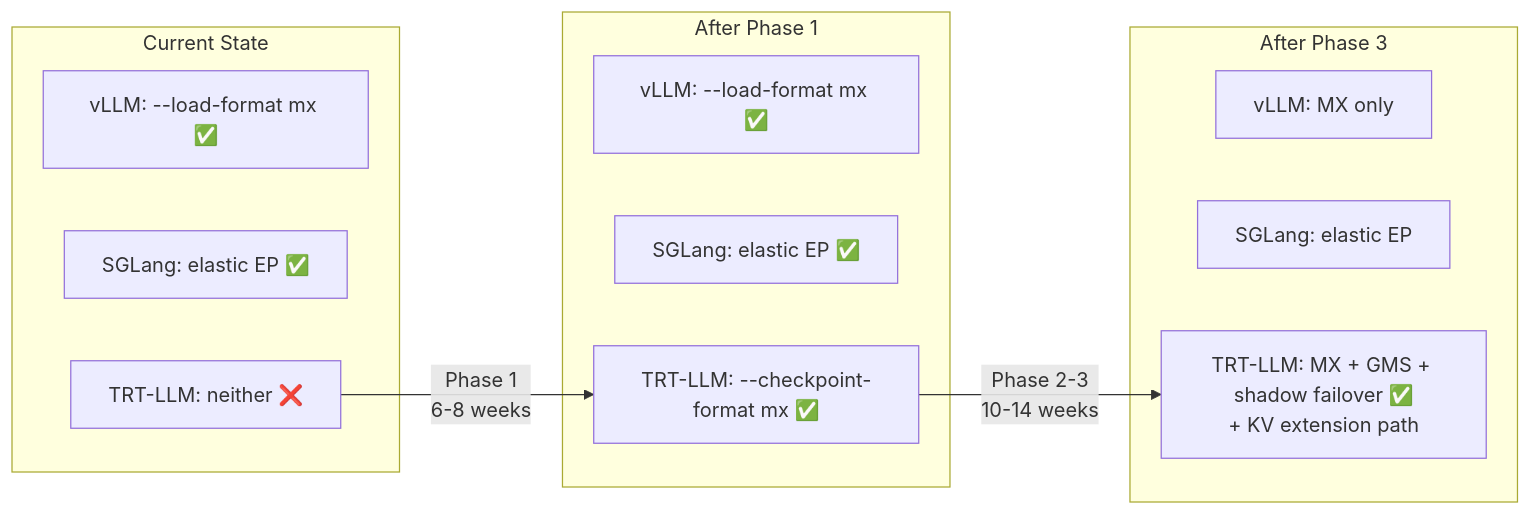
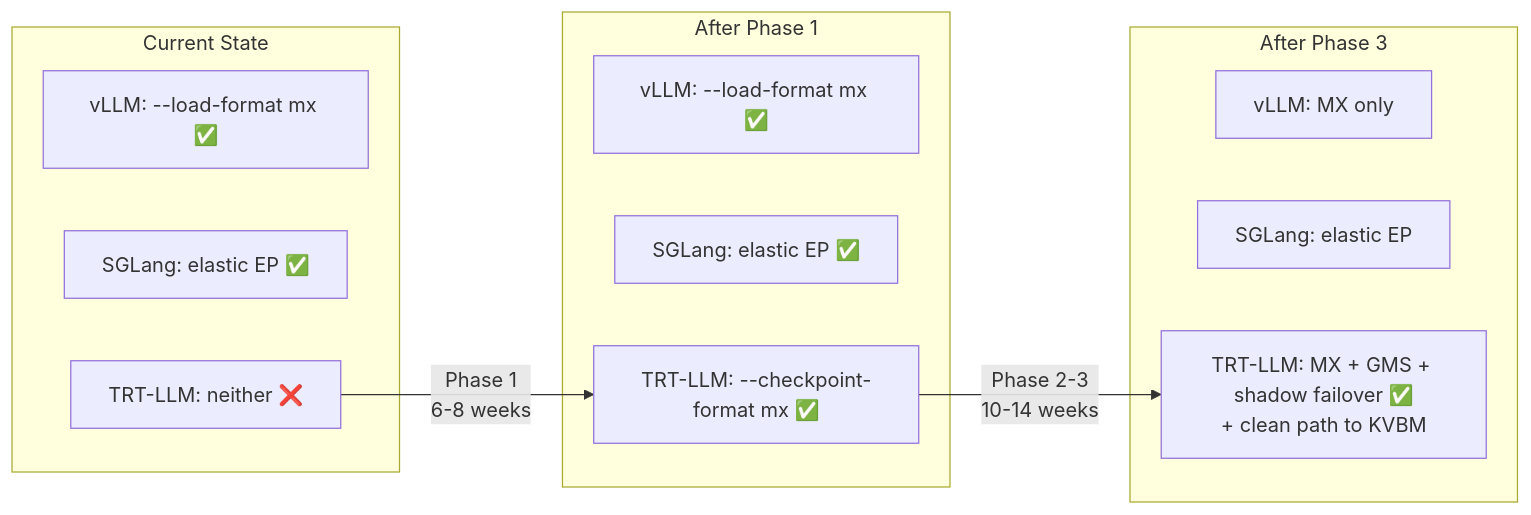
Before and after one commit to chienchunhung/TensorRT-LLM: the first of 2 diagrams in docs/design/mx-gms-integration/13-strategic-alignment.md, drawn with Mermaid. The commit also changed other lines of this file and 6 other files, not shown here.

First line of the commit message:
[None][docs] Scope GMS to weight-like artifacts; defer KV cache to KVBM

````diff
--- a/docs/design/mx-gms-integration/13-strategic-alignment.md
+++ b/docs/design/mx-gms-integration/13-strategic-alignment.md
@@ -34,23 +34,23 @@
 ```mermaid
 graph LR
     subgraph "Current State"
         VLLM_NOW["vLLM: --load-format mx ✅"]
         SGLANG_NOW["SGLang: elastic EP ✅"]
         TRTLLM_NOW["TRT-LLM: neither ❌"]
     end
 
     subgraph "After Phase 1"
         VLLM_P1["vLLM: --load-format mx ✅"]
         SGLANG_P1["SGLang: elastic EP ✅"]
         TRTLLM_P1["TRT-LLM: --checkpoint-format mx ✅"]
     end
 
     subgraph "After Phase 3"
         VLLM_P3["vLLM: MX only"]
         SGLANG_P3["SGLang: elastic EP"]
-        TRTLLM_P3["TRT-LLM: MX + GMS + shadow failover ✅<br/>+ KV extension path"]
+        TRTLLM_P3["TRT-LLM: MX + GMS + shadow failover ✅<br/>+ clean path to KVBM"]
     end
 
     TRTLLM_NOW -->|"Phase 1<br/>6-8 weeks"| TRTLLM_P1
     TRTLLM_P1 -->|"Phase 2-3<br/>10-14 weeks"| TRTLLM_P3
 ```
````
